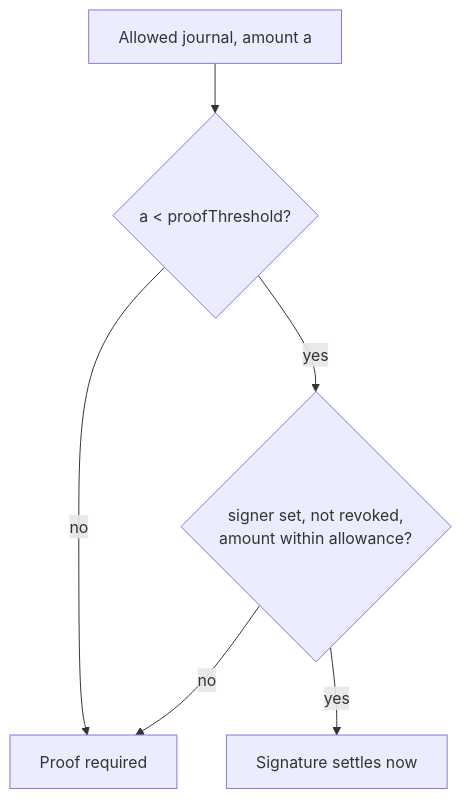
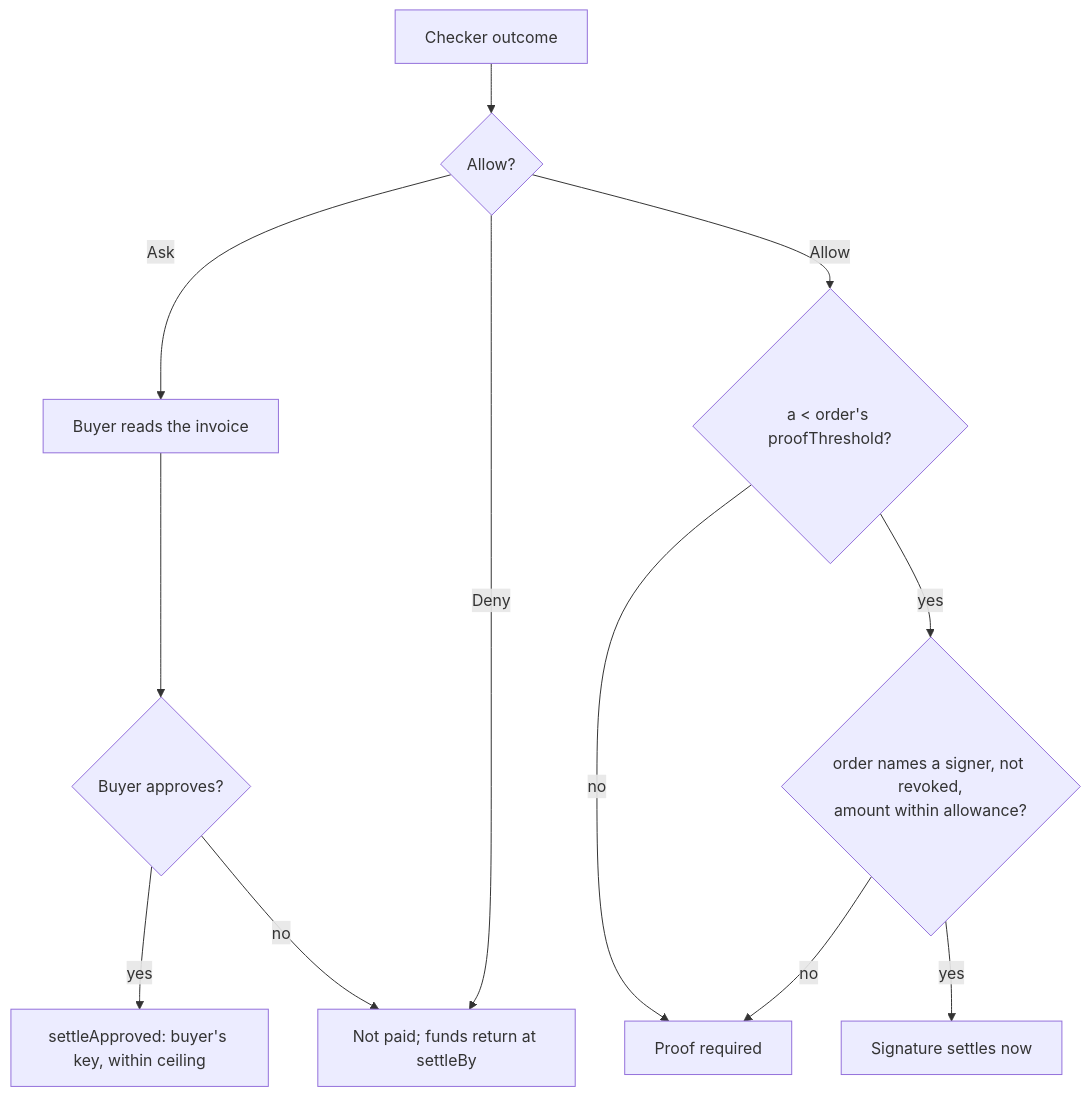
One commit to mnemonik-xyz/warrant changed the fifth of 6 diagrams in case.md. Above: the diagram before and after it, drawn with Mermaid. The commit also changed other lines of this file and 4 other files, not shown here.

First line of the commit message:
Docs: per-order signer, buyer approval and the signing service flow (#5)

````diff
--- a/case.md
+++ b/case.md
@@ -127,8 +131,13 @@
 ```mermaid
 flowchart TD
-  A[Allowed journal, amount a] --> T{a < proofThreshold?}
+  D[Checker outcome] --> K{Allow?}
+  K -- Ask --> B[Buyer reads the invoice] --> Q{Buyer approves?}
+  Q -- yes --> AP[settleApproved: buyer's key, within ceiling]
+  Q -- no --> N[Not paid; funds return at settleBy]
+  K -- Deny --> N
+  K -- Allow --> T{a < order's proofThreshold?}
   T -- no --> P[Proof required]
-  T -- yes --> R{"signer set, not revoked,<br/>amount within allowance?"}
+  T -- yes --> R{"order names a signer, not revoked,<br/>amount within allowance?"}
   R -- yes --> S[Signature settles now]
   R -- no --> P
 ```
````
